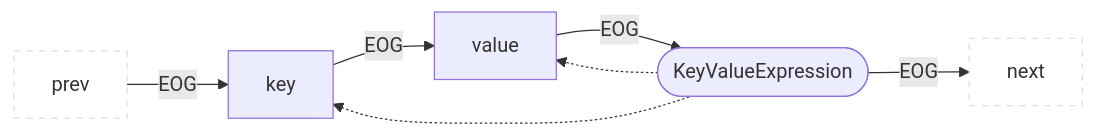
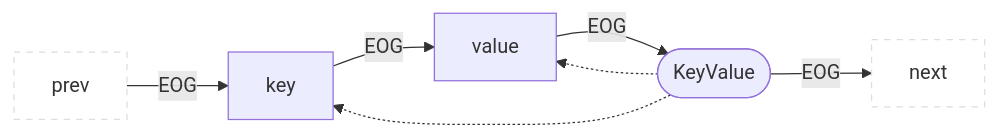
The tenth of 49 diagrams in docs/docs/CPG/specs/eog.md (Fraunhofer-AISEC/cpg), drawn with Mermaid before and after one commit. The commit also changed other lines of this file and 403 other files, not shown here.

````diff
--- a/docs/docs/CPG/specs/eog.md
+++ b/docs/docs/CPG/specs/eog.md
@@ -221,10 +221,10 @@
 ```mermaid
 flowchart LR
   classDef outer fill:#fff,stroke:#ddd,stroke-dasharray:5 5;
   prev:::outer --EOG--> child
   child --EOG--> child2["value"]
-  parent(["KeyValueExpression"]) --EOG--> next:::outer
+  parent(["KeyValue"]) --EOG--> next:::outer
   parent -.-> child["key"]
   parent -.-> child2
   child2 --EOG--> parent
 ```
````
